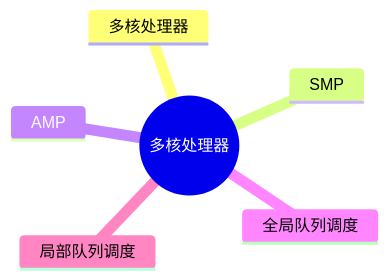
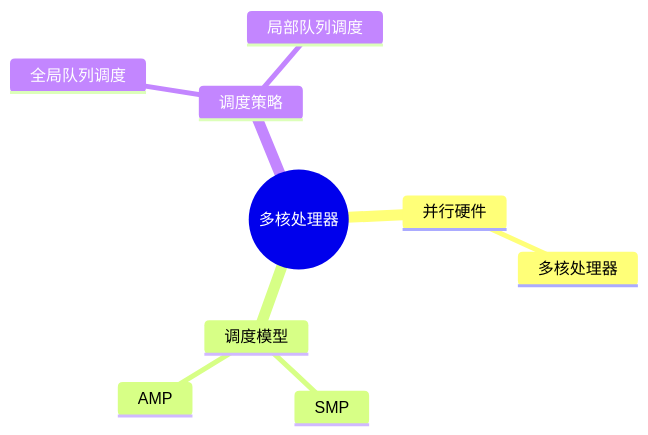
Before and after one commit to skylonely/sgao-website: the first of 4 diagrams in docs/ruankao/system-architect/chapters/chapter-04/04-multi-core-processor.md, drawn with Mermaid. The commit also changed other lines of this file and 39 other files, not shown here.

Commit message:
fix: Mermaid 思维导图

````diff
--- a/docs/ruankao/system-architect/chapters/chapter-04/04-multi-core-processor.md
+++ b/docs/ruankao/system-architect/chapters/chapter-04/04-multi-core-processor.md
@@ -35,9 +35,12 @@
 ```mermaid
 mindmap
   root((多核处理器))
-    多核处理器
-    SMP
-    AMP
-    全局队列调度
-    局部队列调度
+    并行硬件
+      多核处理器
+    调度模型
+      SMP
+      AMP
+    调度策略
+      全局队列调度
+      局部队列调度
 ```
````
